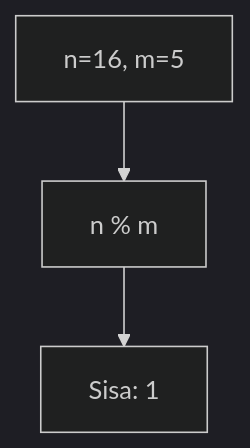
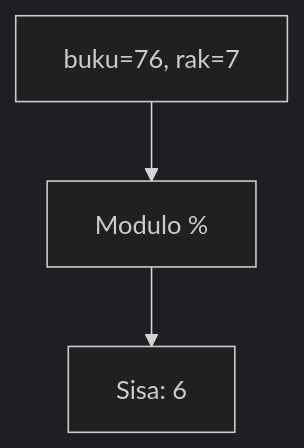
One commit to amnahwaida/OSNK_INF_PREP changed the tenth of 25 diagrams in part-c-pemahaman-cpp/01-tipe-data/latihan/set-06.md. Above: the diagram before and after it, drawn with Mermaid (dark theme). The commit also changed other lines of this file and 71 other files, not shown here.

````diff
--- a/part-c-pemahaman-cpp/01-tipe-data/latihan/set-06.md
+++ b/part-c-pemahaman-cpp/01-tipe-data/latihan/set-06.md
@@ -240,5 +280,5 @@
 ```mermaid
 graph TD
-A["n=16, m=5"] --> B["n % m"]
-B --> C["Sisa: 1"]
+A["buku=76, rak=7"] --> B["Modulo %"]
+B --> C["Sisa: 6"]
 ```
````
